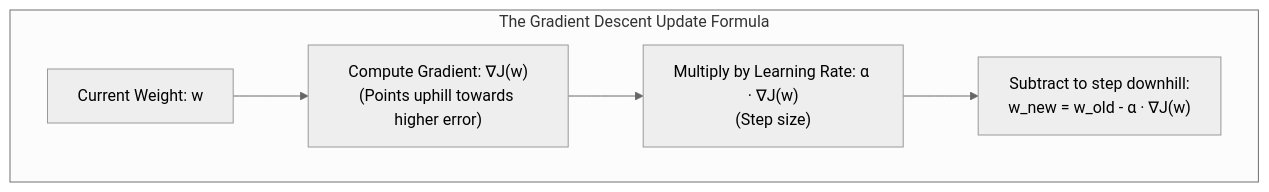
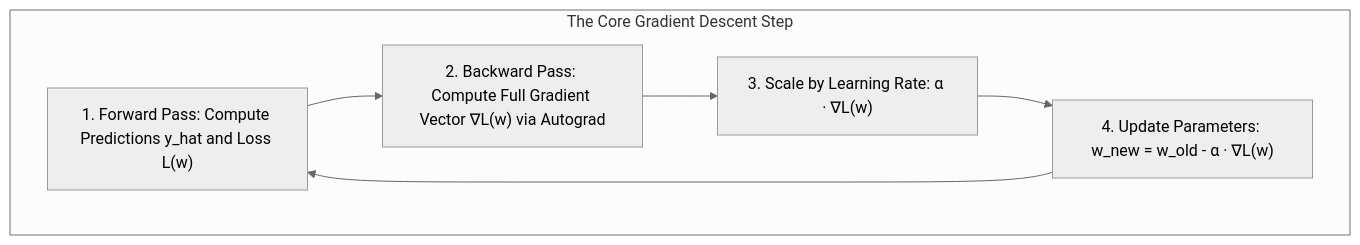
The fifth of 10 diagrams in docs/00-math-foundations/level-02-calculus-optimization.md (jashu-16/cv_engineering), drawn with Mermaid (neutral theme) before and after one commit. The commit also changed other lines of this file and 5 other files, not shown here.

````diff
--- a/docs/00-math-foundations/level-02-calculus-optimization.md
+++ b/docs/00-math-foundations/level-02-calculus-optimization.md
@@ -123,11 +344,10 @@
 ```mermaid
 flowchart TD
-    subgraph GradientDescentStep["The Gradient Descent Update Formula"]
-        A["Current Weight: w"]
-        B["Compute Gradient: ∇J(w)\n(Points uphill towards higher error)"]
-        C["Multiply by Learning Rate: α · ∇J(w)\n(Step size)"]
-        D["Subtract to step downhill:\nw_new = w_old - α · ∇J(w)"]
-        
-        A --> B --> C --> D
+    subgraph GradientDescentLoop["The Core Gradient Descent Step"]
+        P["1. Forward Pass: Compute Predictions y_hat and Loss L(w)"]
+        G["2. Backward Pass: Compute Full Gradient Vector ∇L(w) via Autograd"]
+        S["3. Scale by Learning Rate: α · ∇L(w)"]
+        U["4. Update Parameters: w_new = w_old - α · ∇L(w)"]
+        P --> G --> S --> U --> P
     end
 ```
````
